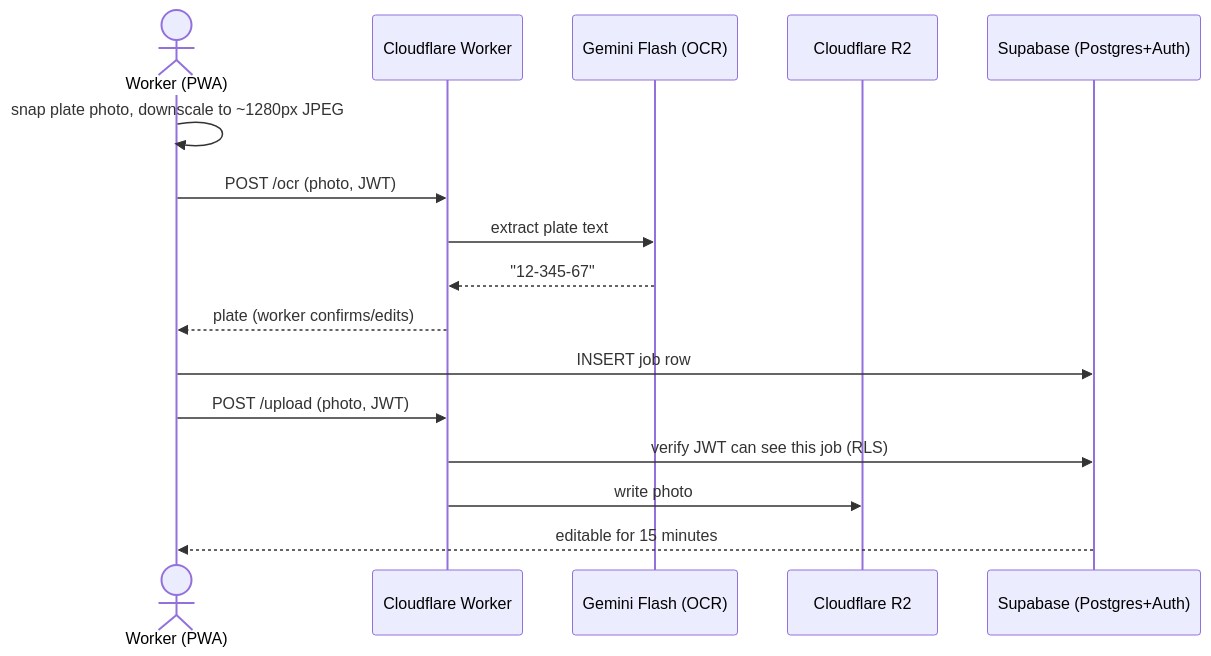
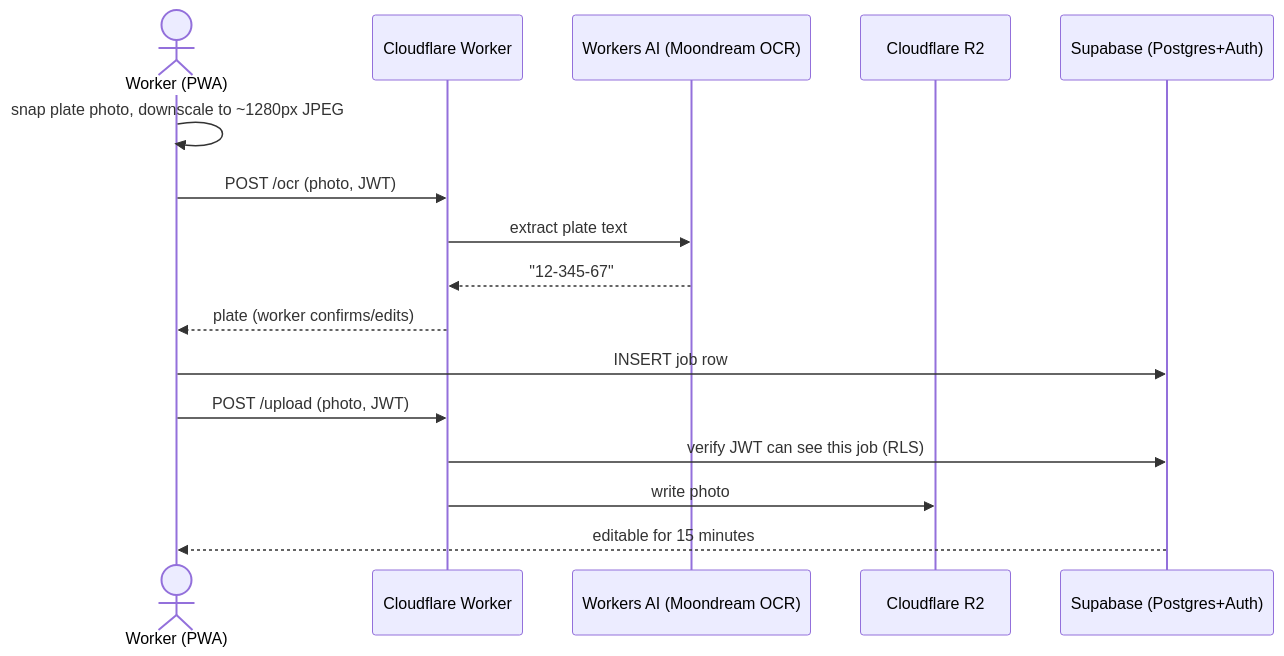
The diagram in README.md (VladiKhagay/koch_cars_report), drawn with Mermaid before and after one commit. The commit also changed other lines of this file and 31 other files, not shown here.

````diff
--- a/README.md
+++ b/README.md
@@ -20,19 +20,19 @@
 ```mermaid
 sequenceDiagram
     actor W as Worker (PWA)
     participant CF as Cloudflare Worker
-    participant G as Gemini Flash (OCR)
+    participant AI as Workers AI (Moondream OCR)
     participant R2 as Cloudflare R2
     participant SB as Supabase (Postgres+Auth)
 
     W->>W: snap plate photo, downscale to ~1280px JPEG
     W->>CF: POST /ocr (photo, JWT)
-    CF->>G: extract plate text
-    G-->>CF: "12-345-67"
+    CF->>AI: extract plate text
+    AI-->>CF: "12-345-67"
     CF-->>W: plate (worker confirms/edits)
     W->>SB: INSERT job row
     W->>CF: POST /upload (photo, JWT)
     CF->>SB: verify JWT can see this job (RLS)
     CF->>R2: write photo
     SB-->>W: editable for 15 minutes
 ```
````
